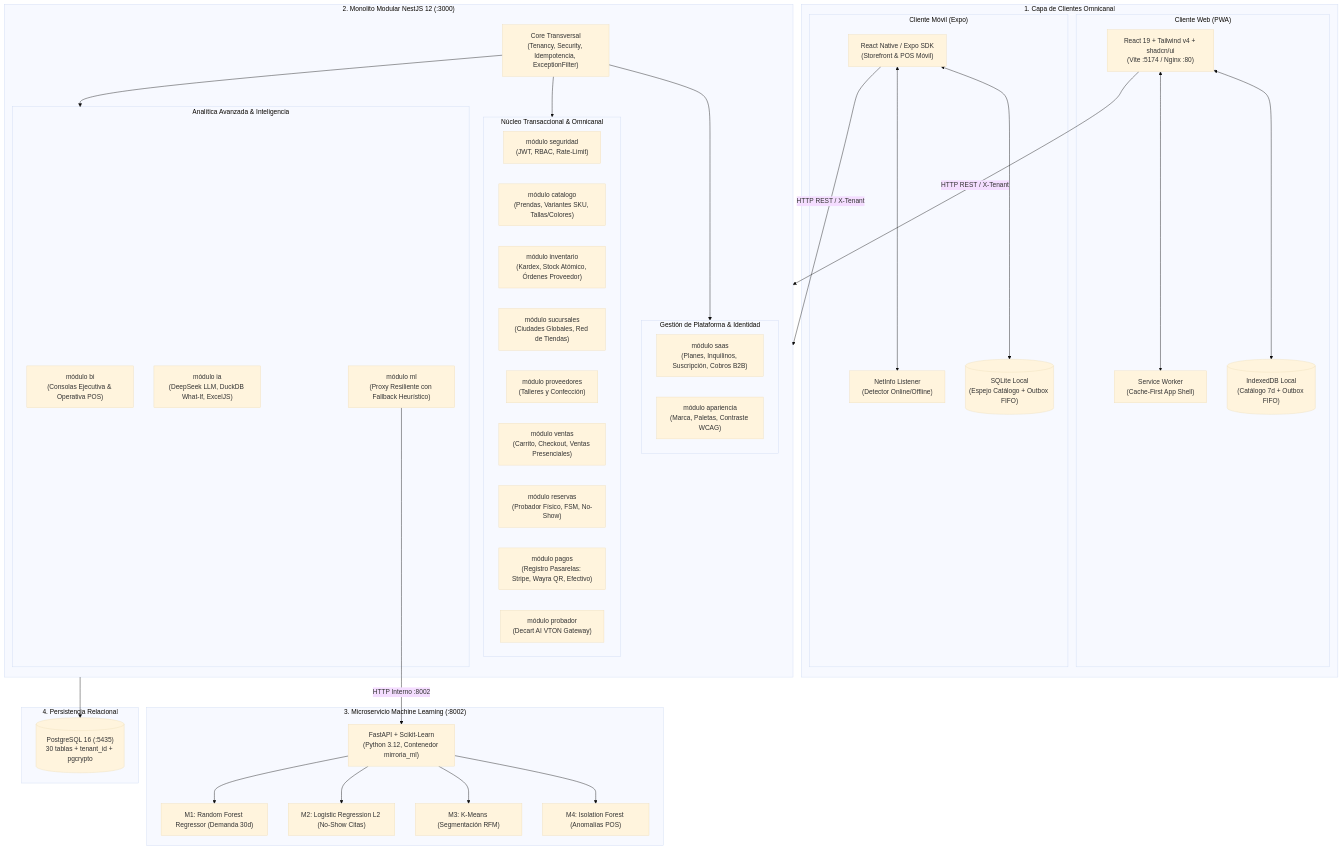
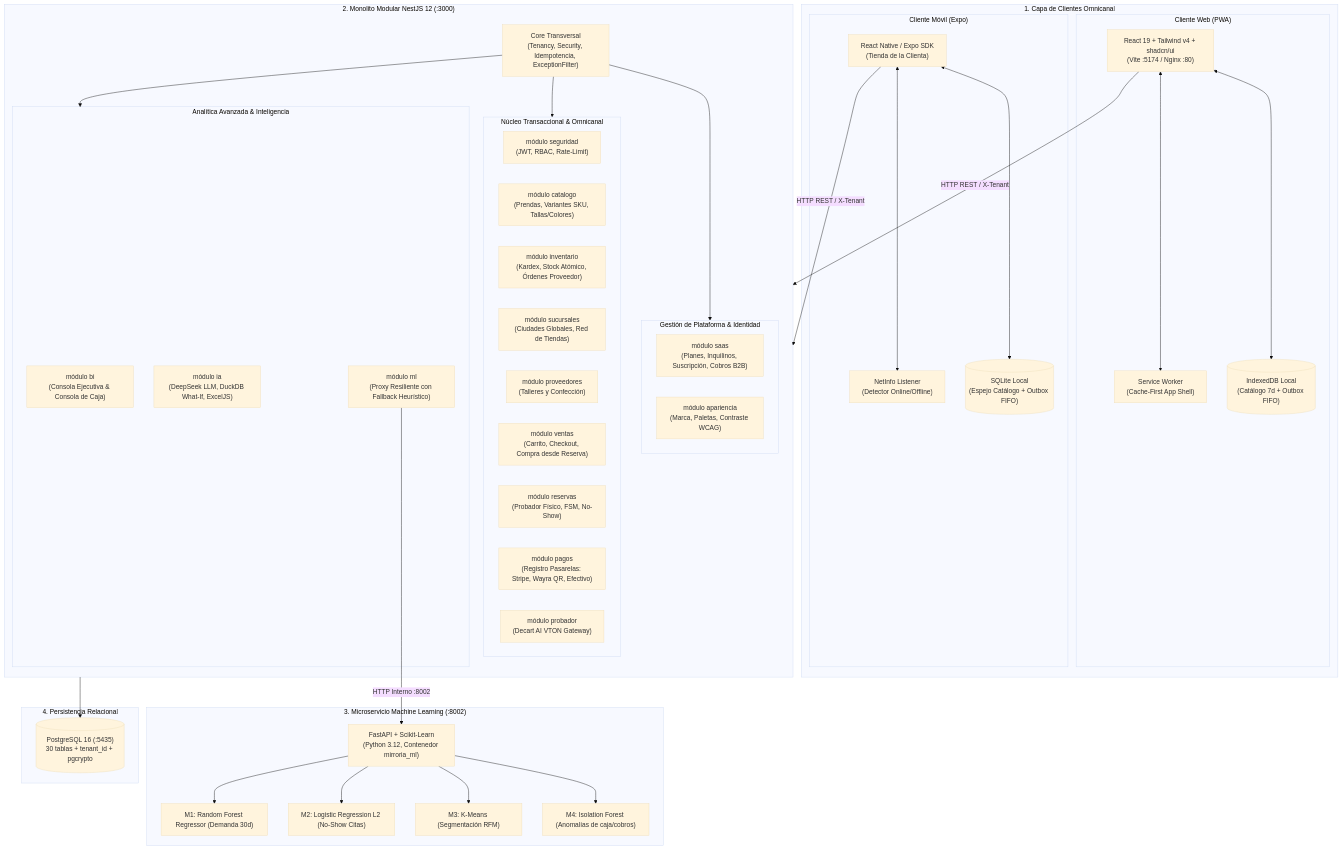
Before and after one commit to mopy1/MirrorIA: the first of 2 diagrams in docs/parcial2/02_Modulos_y_Arquitectura.md, drawn with Mermaid (base theme). The commit also changed other lines of this file and 10 other files, not shown here.

First line of the commit message:
docs(parcial2): sin POS, app móvil solo clientas y conflicto stock=1 entre dos clientas

````diff
--- a/docs/parcial2/02_Modulos_y_Arquitectura.md
+++ b/docs/parcial2/02_Modulos_y_Arquitectura.md
@@ -29,69 +29,69 @@
 ```mermaid
 graph TB
     subgraph Clientes_Omnicanal["1. Capa de Clientes Omnicanal"]
         subgraph Cliente_Web["Cliente Web (PWA)"]
             WEB["React 19 + Tailwind v4 + shadcn/ui\n(Vite :5174 / Nginx :80)"]
             SW["Service Worker\n(Cache-First App Shell)"]
             IDB[("IndexedDB Local\n(Catálogo 7d + Outbox FIFO)")]
             WEB <--> SW
             WEB <--> IDB
         end
 
         subgraph Cliente_Movil["Cliente Móvil (Expo)"]
-            APP["React Native / Expo SDK\n(Storefront & POS Móvil)"]
+            APP["React Native / Expo SDK\n(Tienda de la Clienta)"]
             NETINFO["NetInfo Listener\n(Detector Online/Offline)"]
             SQLITE[("SQLite Local\n(Espejo Catálogo + Outbox FIFO)")]
             APP <--> NETINFO
             APP <--> SQLITE
         end
     end
 
     subgraph Plataforma_API["2. Monolito Modular NestJS 12 (:3000)"]
         CORE["Core Transversal\n(Tenancy, Security, Idempotencia, ExceptionFilter)"]
 
         subgraph Modulos_SaaS["Gestión de Plataforma & Identidad"]
             MOD_SAAS["módulo saas\n(Planes, Inquilinos, Suscripción, Cobros B2B)"]
             MOD_MARCA["módulo apariencia\n(Marca, Paletas, Contraste WCAG)"]
         end
 
         subgraph Modulos_Retail["Núcleo Transaccional & Omnicanal"]
             MOD_AUTH["módulo seguridad\n(JWT, RBAC, Rate-Limit)"]
             MOD_CAT["módulo catalogo\n(Prendas, Variantes SKU, Tallas/Colores)"]
             MOD_INV["módulo inventario\n(Kardex, Stock Atómico, Órdenes Proveedor)"]
             MOD_SUC["módulo sucursales\n(Ciudades Globales, Red de Tiendas)"]
             MOD_PROV["módulo proveedores\n(Talleres y Confección)"]
-            MOD_VEN["módulo ventas\n(Carrito, Checkout, Ventas Presenciales)"]
+            MOD_VEN["módulo ventas\n(Carrito, Checkout, Compra desde Reserva)"]
             MOD_RES["módulo reservas\n(Probador Físico, FSM, No-Show)"]
             MOD_PAG["módulo pagos\n(Registro Pasarelas: Stripe, Wayra QR, Efectivo)"]
             MOD_PROB["módulo probador\n(Decart AI VTON Gateway)"]
         end
 
         subgraph Modulos_Analitica["Analítica Avanzada & Inteligencia"]
-            MOD_BI["módulo bi\n(Consolas Ejecutiva & Operativa POS)"]
+            MOD_BI["módulo bi\n(Consola Ejecutiva & Consola de Caja)"]
             MOD_IA["módulo ia\n(DeepSeek LLM, DuckDB What-If, ExcelJS)"]
             MOD_ML_PROXY["módulo ml\n(Proxy Resiliente con Fallback Heurístico)"]
         end
 
         CORE --> Modulos_SaaS
         CORE --> Modulos_Retail
         CORE --> Modulos_Analitica
     end
 
     subgraph Microservicio_ML["3. Microservicio Machine Learning (:8002)"]
         FASTAPI["FastAPI + Scikit-Learn\n(Python 3.12, Contenedor mirroria_ml)"]
         M1["M1: Random Forest Regressor (Demanda 30d)"]
         M2["M2: Logistic Regression L2 (No-Show Citas)"]
         M3["M3: K-Means (Segmentación RFM)"]
-        M4["M4: Isolation Forest (Anomalías POS)"]
+        M4["M4: Isolation Forest (Anomalías de caja/cobros)"]
         FASTAPI --> M1 & M2 & M3 & M4
     end
 
     subgraph Persistencia["4. Persistencia Relacional"]
         PG[("PostgreSQL 16 (:5435)\n30 tablas + tenant_id + pgcrypto")]
     end
 
     WEB -->|HTTP REST / X-Tenant| Plataforma_API
     APP -->|HTTP REST / X-Tenant| Plataforma_API
     MOD_ML_PROXY -->|HTTP Interno :8002| FASTAPI
     Plataforma_API --> PG
 ```
````
